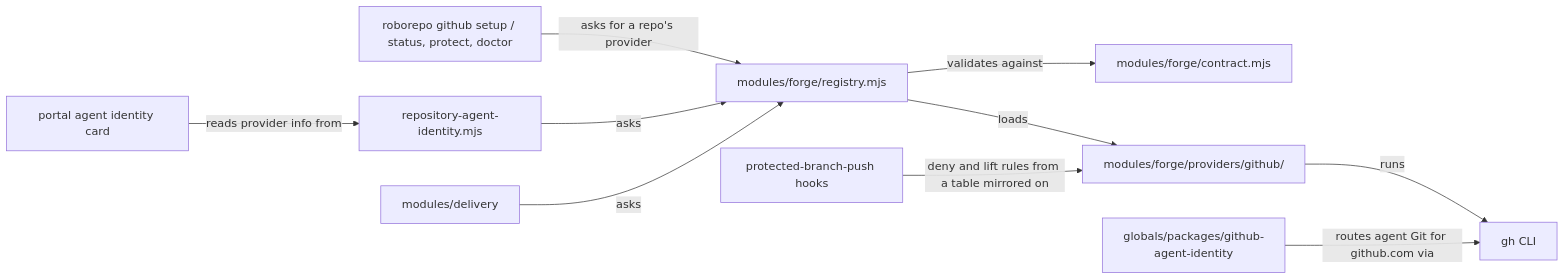
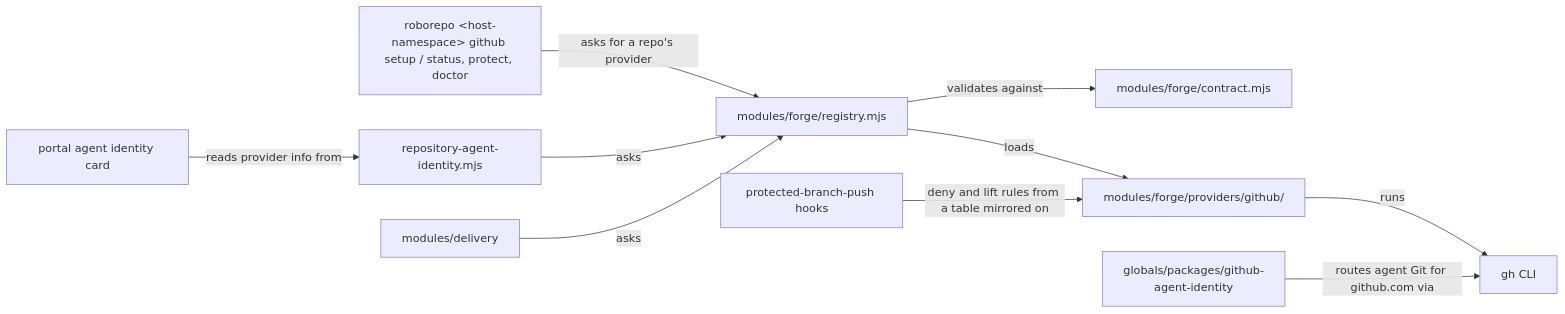
Before and after one commit to kirinmurphy/roborepo-alpha: the first of 2 diagrams in plans/backlog/git-forge-providers.md, drawn with Mermaid. The commit also changed other lines of this file, not shown here.

Commit message:
Update plan git-forge-providers

````diff
--- a/plans/backlog/git-forge-providers.md
+++ b/plans/backlog/git-forge-providers.md
@@ -111,12 +112,12 @@
 ```mermaid
 flowchart LR
-  CLI["roborepo github setup / status, protect, doctor"] -->|asks for a repo's provider| R["modules/forge/registry.mjs"]
+  CLI["roborepo &lt;host-namespace&gt; github setup / status, protect, doctor"] -->|asks for a repo's provider| R["modules/forge/registry.mjs"]
   Portal["portal agent identity card"] -->|reads provider info from| Server["repository-agent-identity.mjs"]
   Server -->|asks| R
   Delivery["modules/delivery"] -->|asks| R
   R -->|validates against| C["modules/forge/contract.mjs"]
   R -->|loads| GH["modules/forge/providers/github/"]
   GH -->|runs| gh["gh CLI"]
   Pkg["globals/packages/github-agent-identity"] -->|routes agent Git for github.com via| gh
   Hooks["protected-branch-push hooks"] -->|deny and lift rules from a table mirrored on| GH
 ```
````
